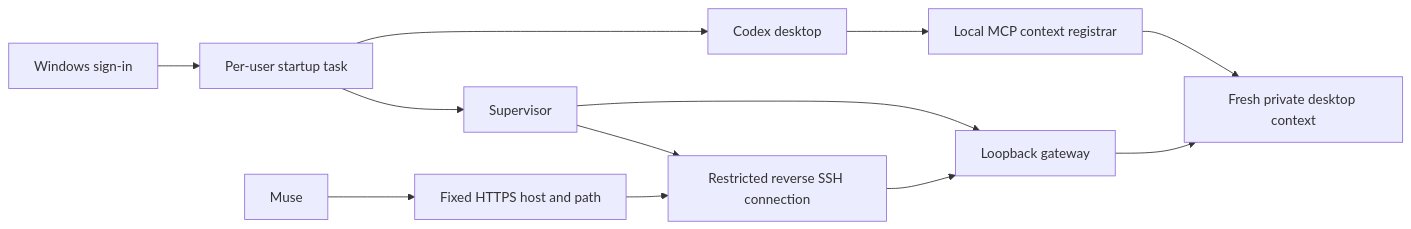
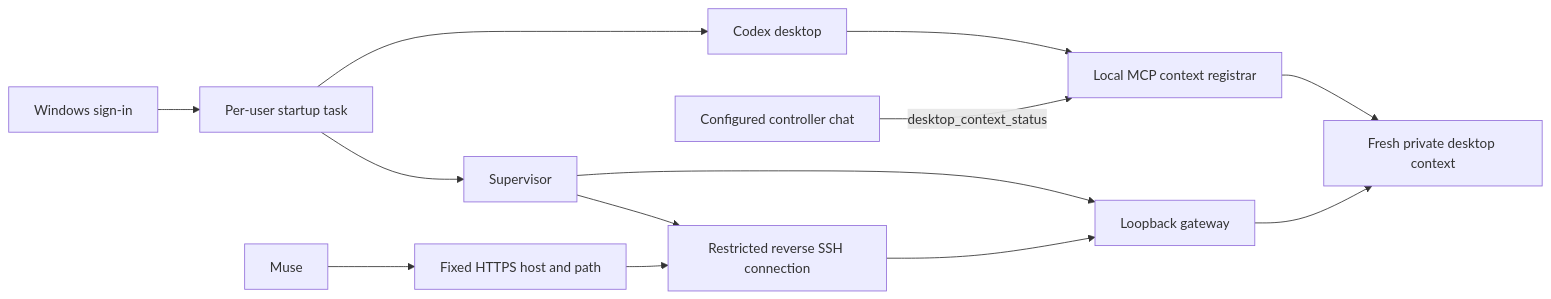
Before and after one commit to thefayth/muse-local-connector: the diagram in docs/automatic-startup.md, drawn with Mermaid. The commit also changed other lines of this file and 20 other files, not shown here.

````diff
--- a/docs/automatic-startup.md
+++ b/docs/automatic-startup.md
@@ -5,13 +5,14 @@
 ```mermaid
 flowchart LR
     Login[Windows sign-in] --> Startup[Per-user startup task]
     Startup --> Codex[Codex desktop]
     Codex --> Registrar[Local MCP context registrar]
+    Owner[Configured controller chat] -->|desktop_context_status| Registrar
     Registrar --> Context[Fresh private desktop context]
     Startup --> Supervisor
     Supervisor --> Gateway[Loopback gateway]
     Supervisor --> Relay[Restricted reverse SSH connection]
     Muse --> HTTPS[Fixed HTTPS host and path]
     HTTPS --> Relay --> Gateway
     Gateway --> Context
 ```
````
